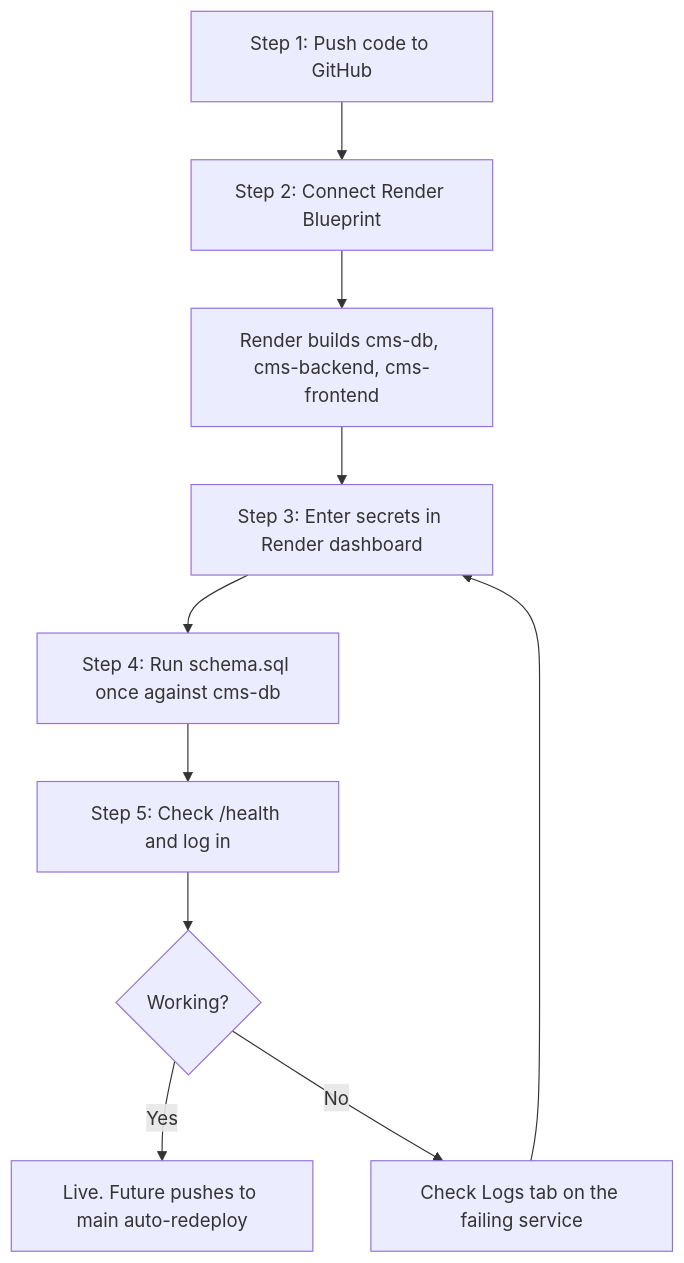
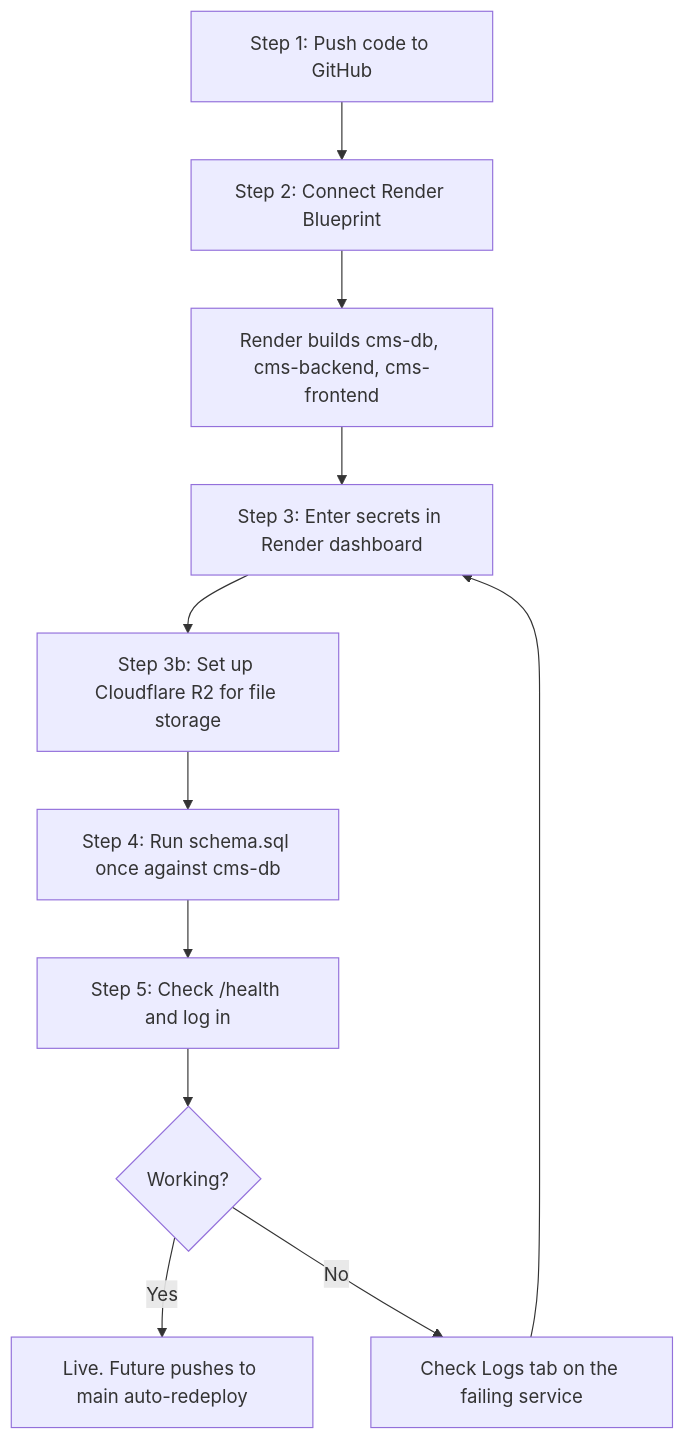
The diagram in DEPLOYMENT_GUIDE.md (IanArtx/cms), drawn with Mermaid before and after one commit. The commit also changed other lines of this file and 18 other files, not shown here.

````diff
--- a/DEPLOYMENT_GUIDE.md
+++ b/DEPLOYMENT_GUIDE.md
@@ -235,12 +303,13 @@
 ```mermaid
 flowchart TD
     A[Step 1: Push code to GitHub] --> B[Step 2: Connect Render Blueprint]
     B --> C[Render builds cms-db, cms-backend, cms-frontend]
     C --> D[Step 3: Enter secrets in Render dashboard]
-    D --> E[Step 4: Run schema.sql once against cms-db]
+    D --> D2[Step 3b: Set up Cloudflare R2 for file storage]
+    D2 --> E[Step 4: Run schema.sql once against cms-db]
     E --> F[Step 5: Check /health and log in]
     F --> G{Working?}
     G -- Yes --> H[Live. Future pushes to main auto-redeploy]
     G -- No --> I[Check Logs tab on the failing service]
     I --> D
 ```
````
